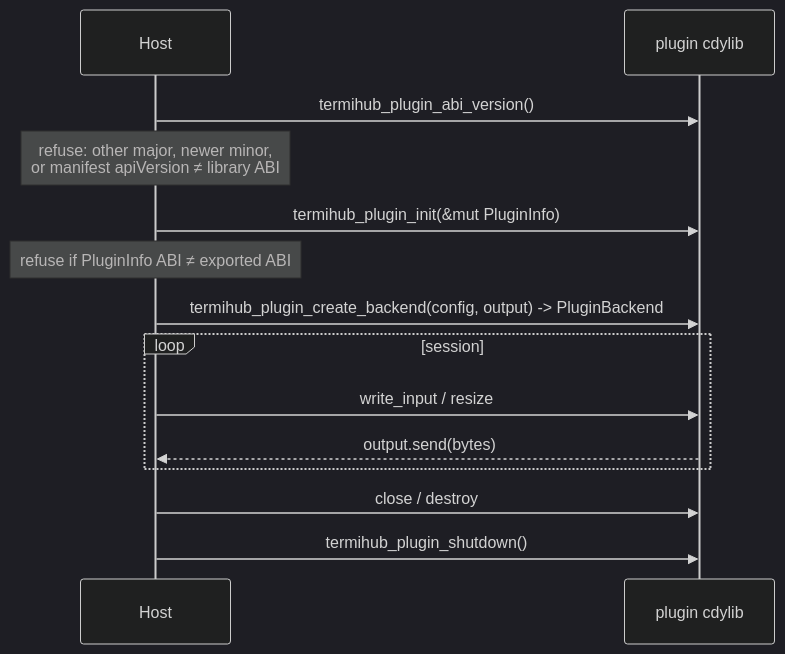
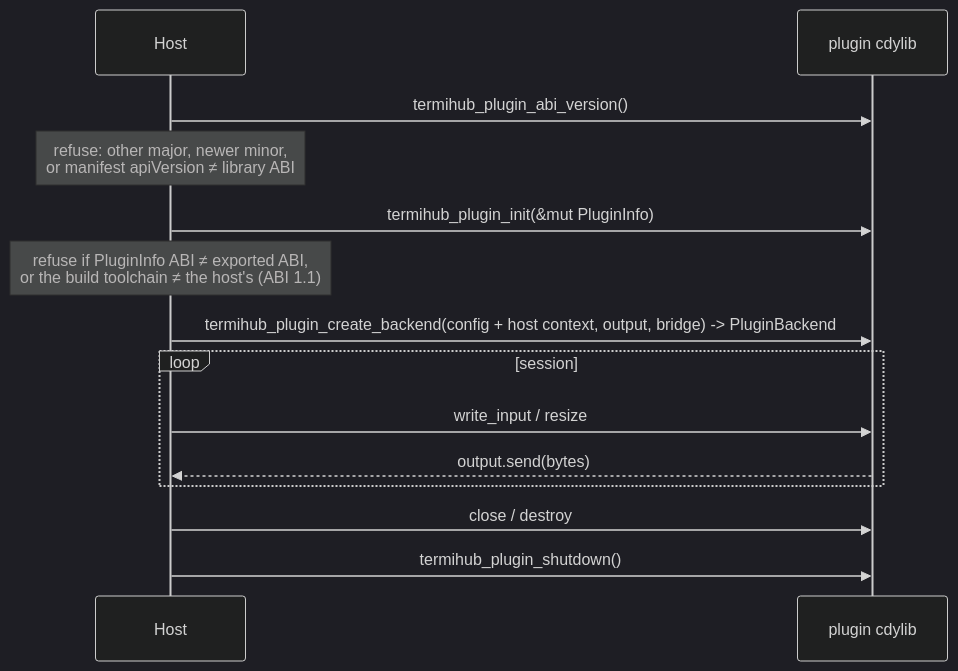
The second of 5 diagrams in docs/plugin-authoring.md (armaxri/termiHub), drawn with Mermaid (dark theme) before and after one commit. The commit also changed other lines of this file and 2 other files, not shown here.

First line of the commit message:
docs(plugin): document abi 1.1 toolchain rule and host context in adr-15 and the guide

````diff
--- a/docs/plugin-authoring.md
+++ b/docs/plugin-authoring.md
@@ -308,16 +308,16 @@
 ```mermaid
 sequenceDiagram
     participant Host
     participant Lib as plugin cdylib
     Host->>Lib: termihub_plugin_abi_version()
     Note over Host: refuse: other major, newer minor,<br/>or manifest apiVersion ≠ library ABI
     Host->>Lib: termihub_plugin_init(&mut PluginInfo)
-    Note over Host: refuse if PluginInfo ABI ≠ exported ABI
-    Host->>Lib: termihub_plugin_create_backend(config, output) -> PluginBackend
+    Note over Host: refuse if PluginInfo ABI ≠ exported ABI,<br/>or the build toolchain ≠ the host's (ABI 1.1)
+    Host->>Lib: termihub_plugin_create_backend(config + host context, output, bridge) -> PluginBackend
     loop session
         Host->>Lib: write_input / resize
         Lib-->>Host: output.send(bytes)
     end
     Host->>Lib: close / destroy
     Host->>Lib: termihub_plugin_shutdown()
 ```
````
